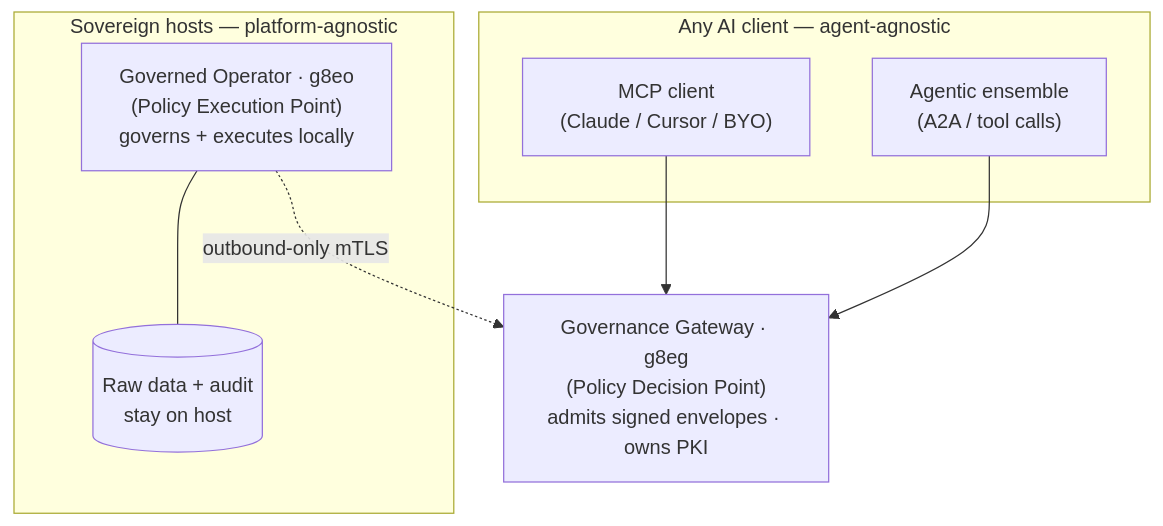
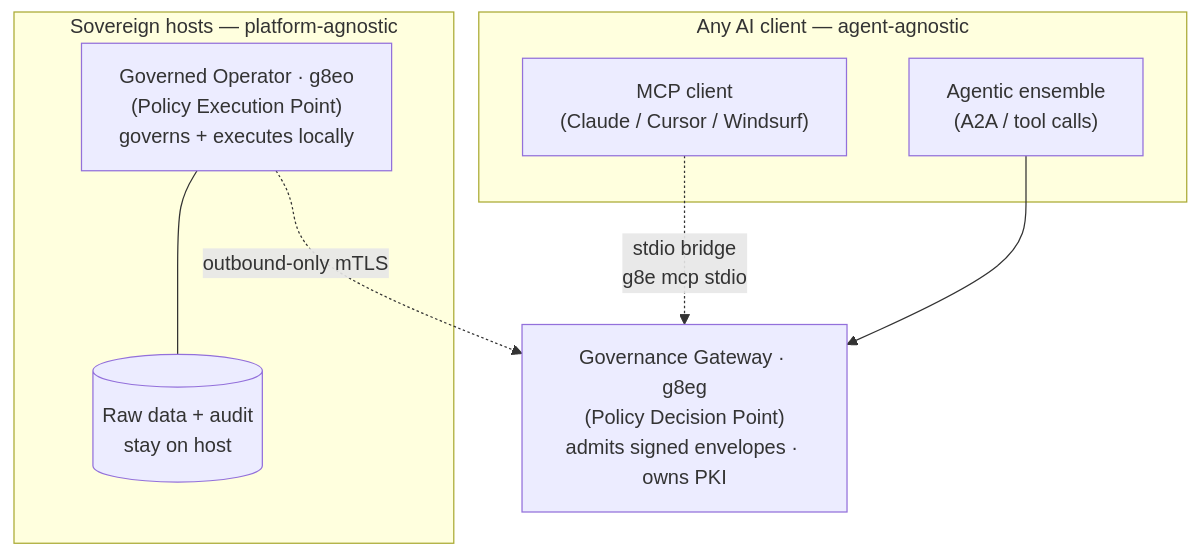
The first of 4 diagrams in README.md (g8e-ai/g8e), drawn with Mermaid before and after one commit. The commit also changed 12 other files, not shown here.

Commit message:
add mcp stdio

````diff
--- a/README.md
+++ b/README.md
@@ -57,19 +57,19 @@
 ```mermaid
 graph TD
     subgraph Clients ["Any AI client — agent-agnostic"]
-        C1["MCP client<br/>(Claude / Cursor / BYO)"]
+        C1["MCP client<br/>(Claude / Cursor / Windsurf)"]
         C2["Agentic ensemble<br/>(A2A / tool calls)"]
     end
 
     GW["Governance Gateway · g8eg<br/>(Policy Decision Point)<br/>admits signed envelopes · owns PKI"]
 
     subgraph Fleet ["Sovereign hosts — platform-agnostic"]
         O1["Governed Operator · g8eo<br/>(Policy Execution Point)<br/>governs + executes locally"]
         D1[("Raw data + audit<br/>stay on host")]
         O1 --- D1
     end
 
-    C1 --> GW
+    C1 -. "stdio bridge<br/>g8e mcp stdio" .-> GW
     C2 --> GW
     O1 -. "outbound-only mTLS" .-> GW
 ```
````
